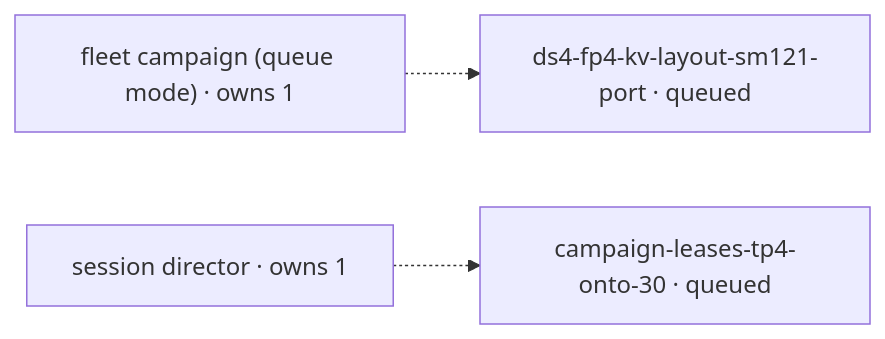
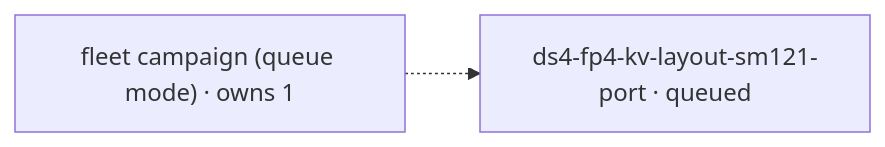
Before and after one commit to littlecedar/sparkrun-recipe-registry: the diagram in mad-science/STATUS.md, drawn with Mermaid. The commit also changed other lines of this file, not shown here.

````diff
--- a/mad-science/STATUS.md
+++ b/mad-science/STATUS.md
@@ -22,11 +22,8 @@
 ```mermaid
 flowchart LR
-  %% 0 blocked, 0 blocker edge(s), 2 drained by fleet campaign (queue mode) (1), session director (1)
+  %% 0 blocked, 0 blocker edge(s), 1 drained by fleet campaign (queue mode) (1)
   r1["fleet campaign (queue mode) · owns 1"]
-  r2["session director · owns 1"]
-  t1["campaign-leases-tp4-onto-30 · queued"]
-  t2["ds4-fp4-kv-layout-sm121-port · queued"]
-  r1 -.-> t2
-  r2 -.-> t1
+  t1["ds4-fp4-kv-layout-sm121-port · queued"]
+  r1 -.-> t1
   classDef no-recorded-edge stroke-dasharray: 4 3
 ```
````
